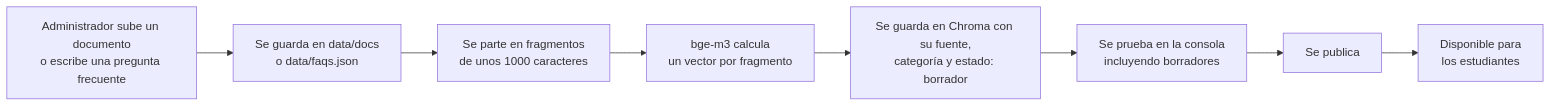
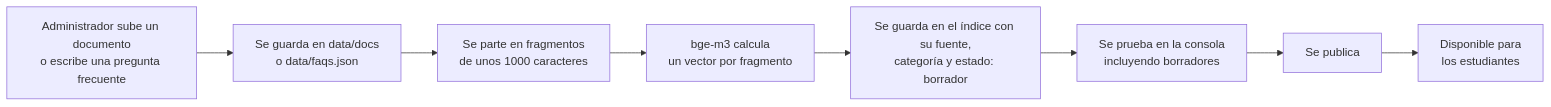
The third of 3 diagrams in docs/arquitectura.md (DIDDY616/Chatbot), drawn with Mermaid before and after one commit. The commit also changed other lines of this file and 15 other files, not shown here.

````diff
--- a/docs/arquitectura.md
+++ b/docs/arquitectura.md
@@ -116,10 +116,10 @@
 ```mermaid
 flowchart LR
     A[Administrador sube un documento<br>o escribe una pregunta frecuente] --> B[Se guarda en data/docs<br>o data/faqs.json]
     B --> C[Se parte en fragmentos<br>de unos 1000 caracteres]
     C --> D[bge-m3 calcula<br>un vector por fragmento]
-    D --> E[Se guarda en Chroma con su fuente,<br>categoría y estado: borrador]
+    D --> E[Se guarda en el índice con su fuente,<br>categoría y estado: borrador]
     E --> G[Se prueba en la consola<br>incluyendo borradores]
     G --> H[Se publica]
     H --> F[Disponible para<br>los estudiantes]
 ```
````
